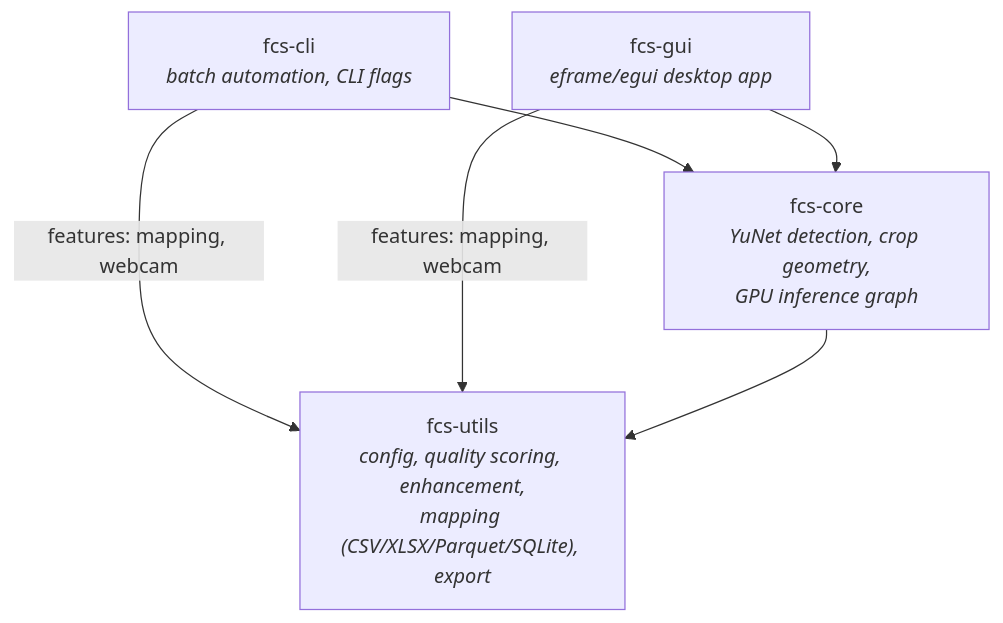
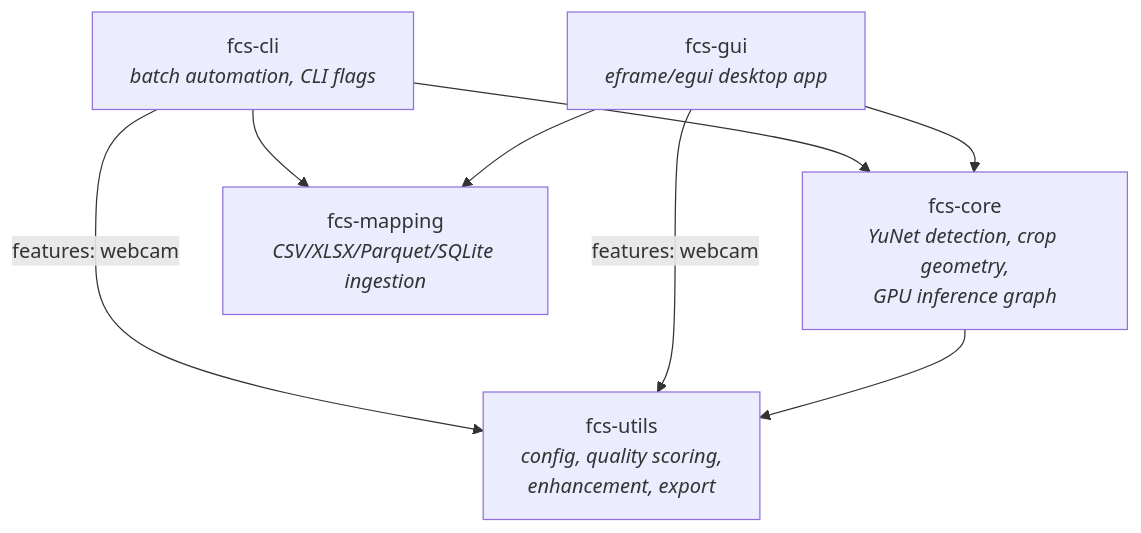
One commit to gregorycarnegie/face-crop-studio changed the first of 2 diagrams in ARCHITECTURE.md. Above: the diagram before and after it, drawn with Mermaid. The commit also changed other lines of this file and 33 other files, not shown here.

````diff
--- a/ARCHITECTURE.md
+++ b/ARCHITECTURE.md
@@ -21,13 +21,16 @@
 ```mermaid
 graph TD
     cli["fcs-cli<br/><i>batch automation, CLI flags</i>"]
     gui["fcs-gui<br/><i>eframe/egui desktop app</i>"]
     core["fcs-core<br/><i>YuNet detection, crop geometry,<br/>GPU inference graph</i>"]
-    utils["fcs-utils<br/><i>config, quality scoring, enhancement,<br/>mapping (CSV/XLSX/Parquet/SQLite), export</i>"]
+    utils["fcs-utils<br/><i>config, quality scoring,<br/>enhancement, export</i>"]
+    mapping["fcs-mapping<br/><i>CSV/XLSX/Parquet/SQLite ingestion</i>"]
 
     cli --> core
-    cli -->|features: mapping, webcam| utils
+    cli --> mapping
+    cli -->|features: webcam| utils
     gui --> core
-    gui -->|features: mapping, webcam| utils
+    gui --> mapping
+    gui -->|features: webcam| utils
     core --> utils
 ```
````
